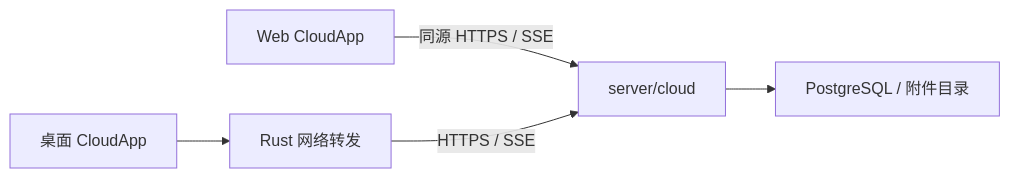
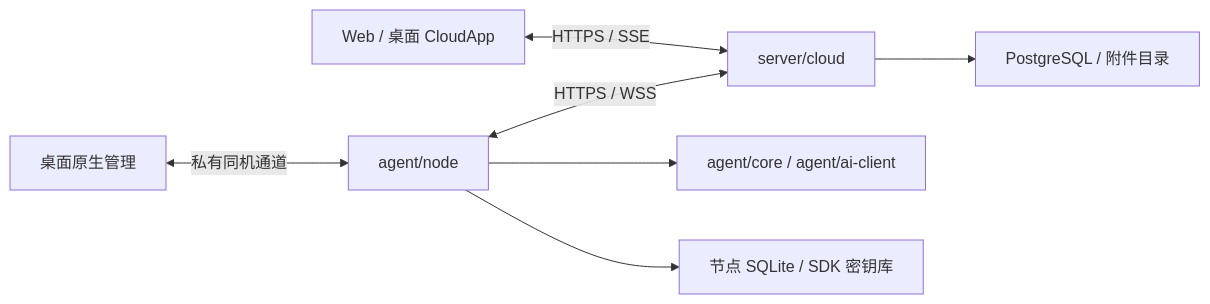
Before and after one commit to NingCold/llm-nest: the second of 2 diagrams in docs/design/overview.md, drawn with Mermaid. The commit also changed other lines of this file and 293 other files, not shown here.

Commit message:
refactor: detach client cloud and agent build boundaries

````diff
--- a/docs/design/overview.md
+++ b/docs/design/overview.md
@@ -66,7 +39,9 @@
 ```mermaid
 flowchart LR
-    Web[Web CloudApp] -->|同源 HTTPS / SSE| Cloud[server/cloud]
-    Desktop[桌面 CloudApp] --> Relay[Rust 网络转发]
-    Relay -->|HTTPS / SSE| Cloud
+    Web[Web / 桌面 CloudApp] <-->|HTTPS / SSE| Cloud[server/cloud]
+    Desktop[桌面原生管理] <-->|私有同机通道| Agent[agent/node]
+    Agent <-->|HTTPS / WSS| Cloud
+    Agent --> Core[agent/core / agent/ai-client]
     Cloud --> DB[PostgreSQL / 附件目录]
+    Agent --> NodeData[节点 SQLite / SDK 密钥库]
 ```
````
